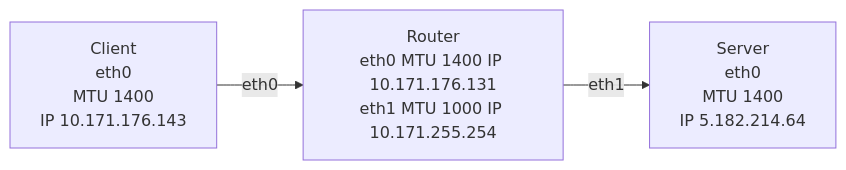
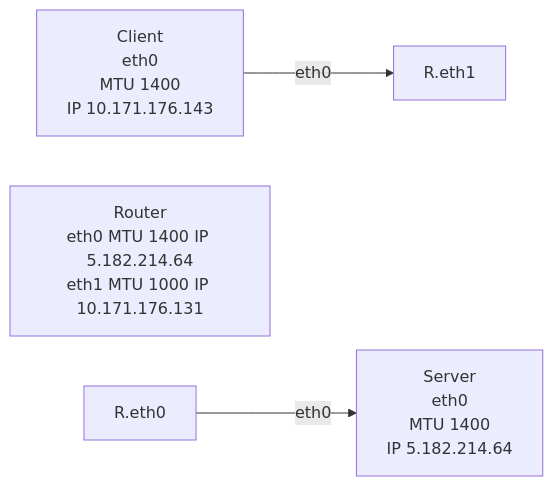
Before and after one commit to pavbjj/mtu-lab: the diagram in README.md, drawn with Mermaid.

````diff
--- a/README.md
+++ b/README.md
@@ -2,13 +2,13 @@
 ```mermaid
 graph LR
     C["Client<br/>eth0<br/>MTU 1400<br/>IP 10.171.176.143"]
 
-    R["Router<br/>eth0 MTU 1400 IP 10.171.176.131<br/>eth1 MTU 1000 IP 10.171.255.254"]
+    R["Router<br/>eth0 MTU 1400 IP 5.182.214.64<br/>eth1 MTU 1000 IP 10.171.176.131"]
 
     S["Server<br/>eth0<br/>MTU 1400<br/>IP 5.182.214.64"]
 
-    C -- eth0 --> R
-    R -- eth1 --> S
+    C -- eth0 --> R.eth1
+    R.eth0 -- eth0 --> S
 
 
 ```
````
